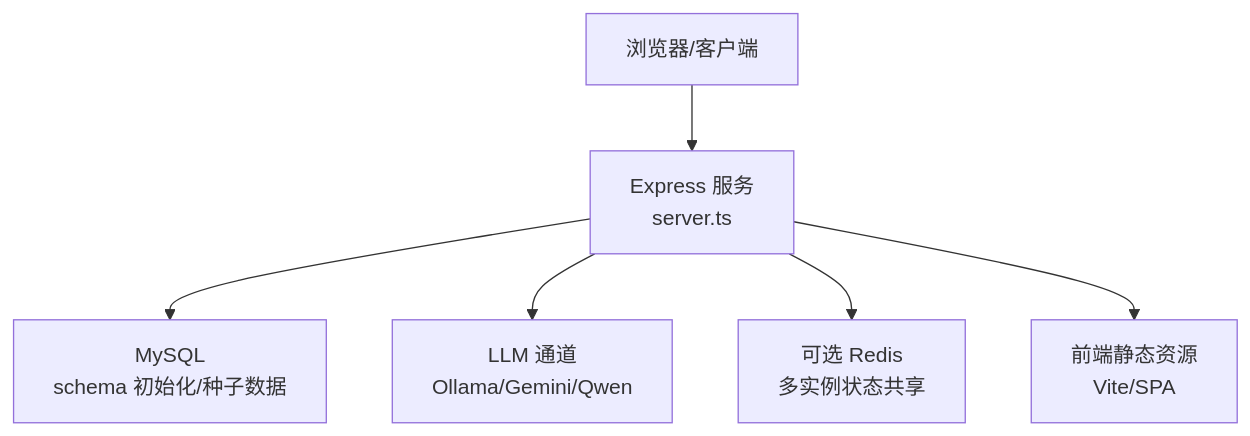
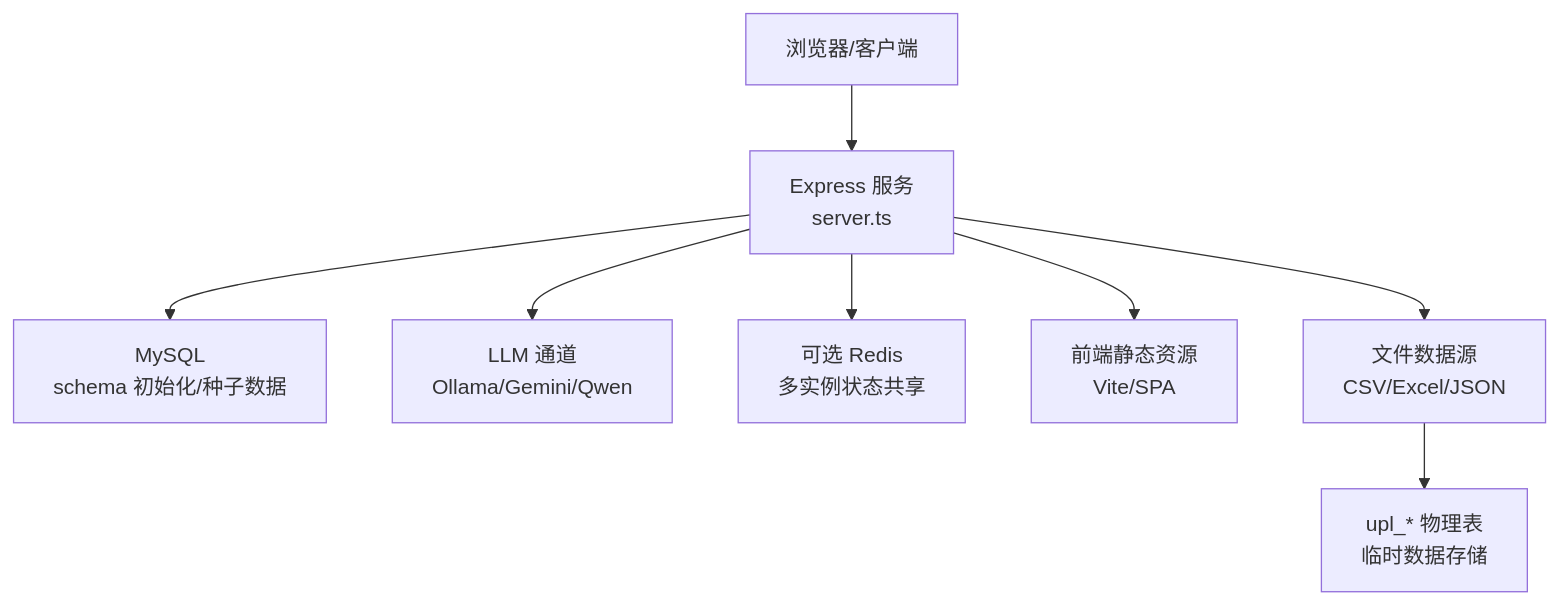
The first of 3 diagrams in .qoder/repowiki/zh/content/项目概述/快速开始指南.md (dgjin/smart-data-analytics), drawn with Mermaid before and after one commit. The commit also changed other lines of this file and 100 other files, not shown here.

````diff
--- a/.qoder/repowiki/zh/content/项目概述/快速开始指南.md
+++ b/.qoder/repowiki/zh/content/项目概述/快速开始指南.md
@@ -37,8 +52,10 @@
 ```mermaid
 graph TB
 A["浏览器/客户端"] --> B["Express 服务<br/>server.ts"]
 B --> C["MySQL<br/>schema 初始化/种子数据"]
 B --> D["LLM 通道<br/>Ollama/Gemini/Qwen"]
 B --> E["可选 Redis<br/>多实例状态共享"]
 B --> F["前端静态资源<br/>Vite/SPA"]
+B --> G["文件数据源<br/>CSV/Excel/JSON"]
+G --> H["upl_* 物理表<br/>临时数据存储"]
 ```
````
